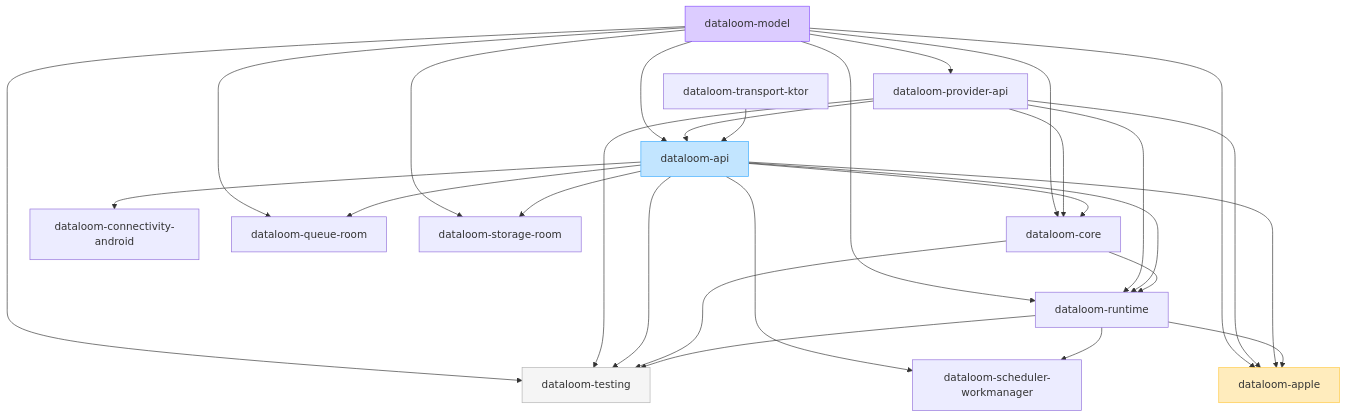
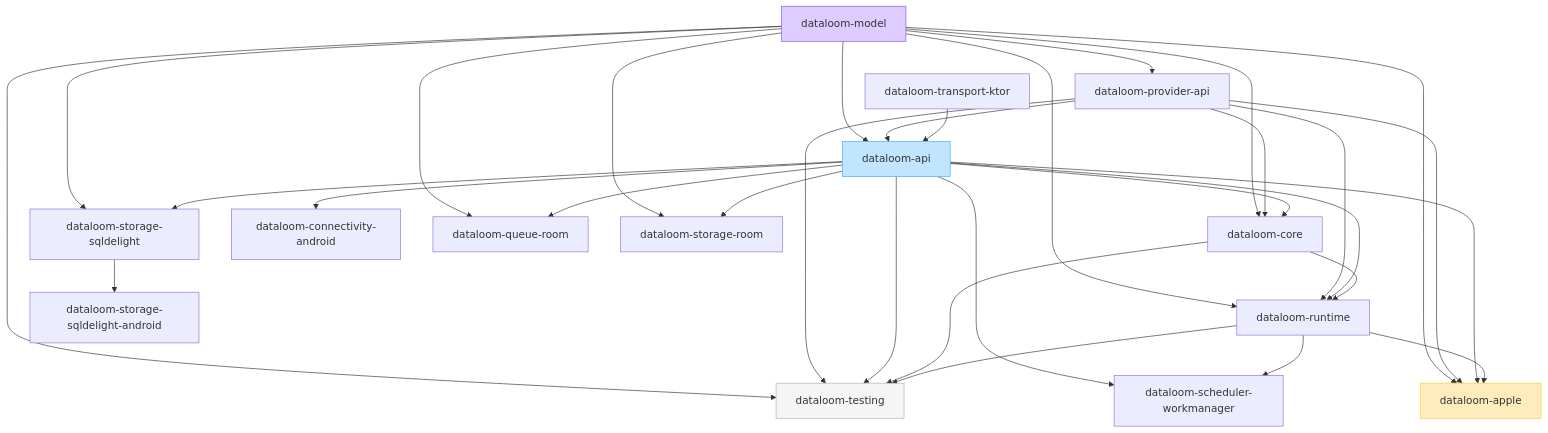
One commit to dataloom-sdk/dataloom changed the diagram in docs/architecture/modules.md. Above: the diagram before and after it, drawn with Mermaid. The commit also changed other lines of this file and 25 other files, not shown here.

First line of the commit message:
Add optional KMP SQLDelight `StorageProvider` reference module (Android/JVM + host-gated iOS) (#216)

````diff
--- a/docs/architecture/modules.md
+++ b/docs/architecture/modules.md
@@ -29,48 +30,53 @@
 ```mermaid
 flowchart TD
     model[dataloom-model]
     providerApi[dataloom-provider-api]
     api[dataloom-api]
     core[dataloom-core]
     runtime[dataloom-runtime]
+    sqldelight[dataloom-storage-sqldelight]
     testing[dataloom-testing]
     ktor[dataloom-transport-ktor]
     connectivity[dataloom-connectivity-android]
     room[dataloom-queue-room]
     storageRoom[dataloom-storage-room]
+    sqldelightAndroid[dataloom-storage-sqldelight-android]
     work[dataloom-scheduler-workmanager]
     apple[dataloom-apple]
 
     model --> providerApi
     model --> api
     providerApi --> api
     model --> core
     providerApi --> core
     api --> core
     model --> runtime
     providerApi --> runtime
     api --> runtime
     core --> runtime
     model --> testing
     providerApi --> testing
     api --> testing
     core --> testing
     runtime --> testing
     ktor --> api
     api --> connectivity
     model --> room
     api --> room
+    model --> sqldelight
+    api --> sqldelight
     model --> storageRoom
     api --> storageRoom
+    sqldelight --> sqldelightAndroid
     api --> work
     runtime --> work
     model --> apple
     providerApi --> apple
     api --> apple
     runtime --> apple
 
     style model fill:#DCCCFF,stroke:#874FFF
     style api fill:#C2E5FF,stroke:#3DADFF
     style testing fill:#F5F5F5,stroke:#B3B3B3
     style apple fill:#FFECBD,stroke:#FFC943
 ```
````
